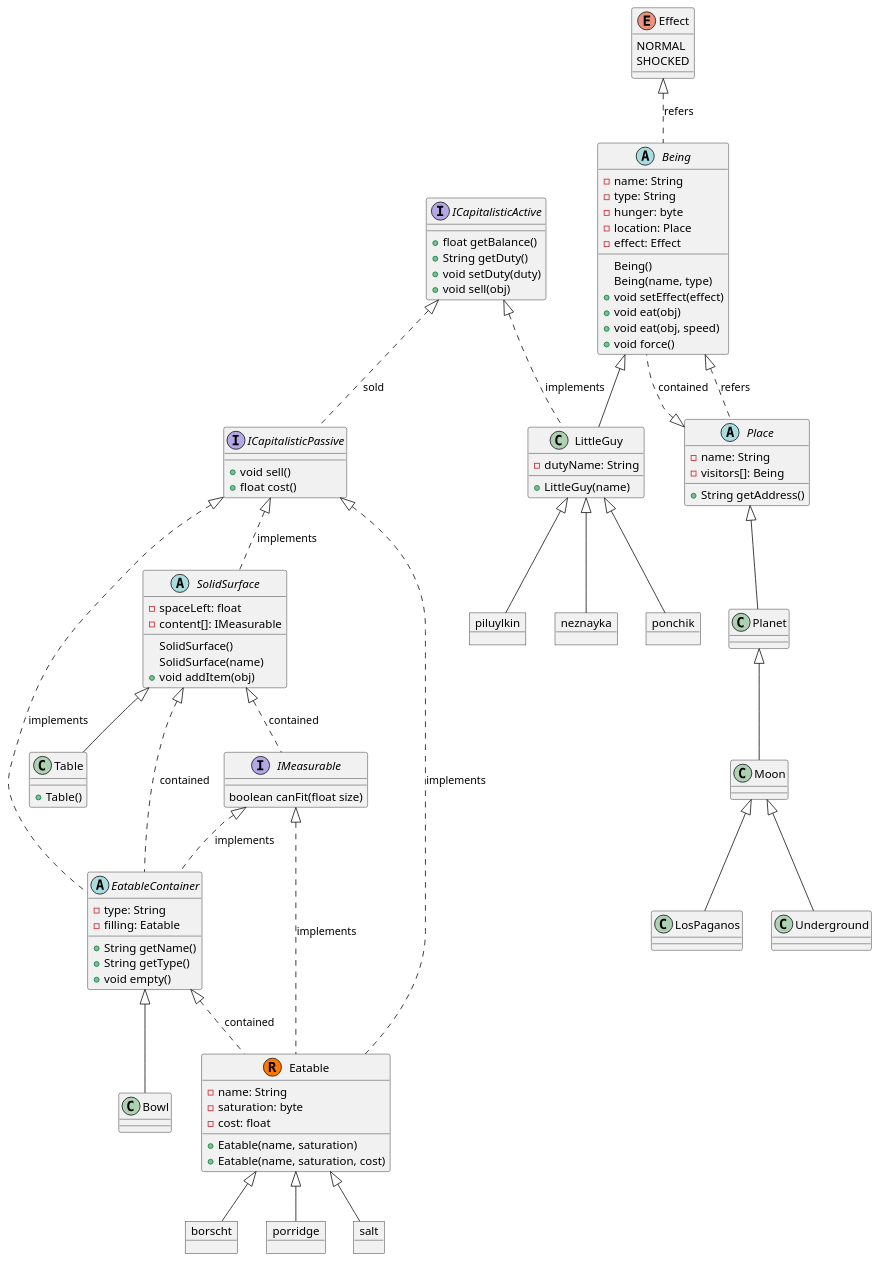
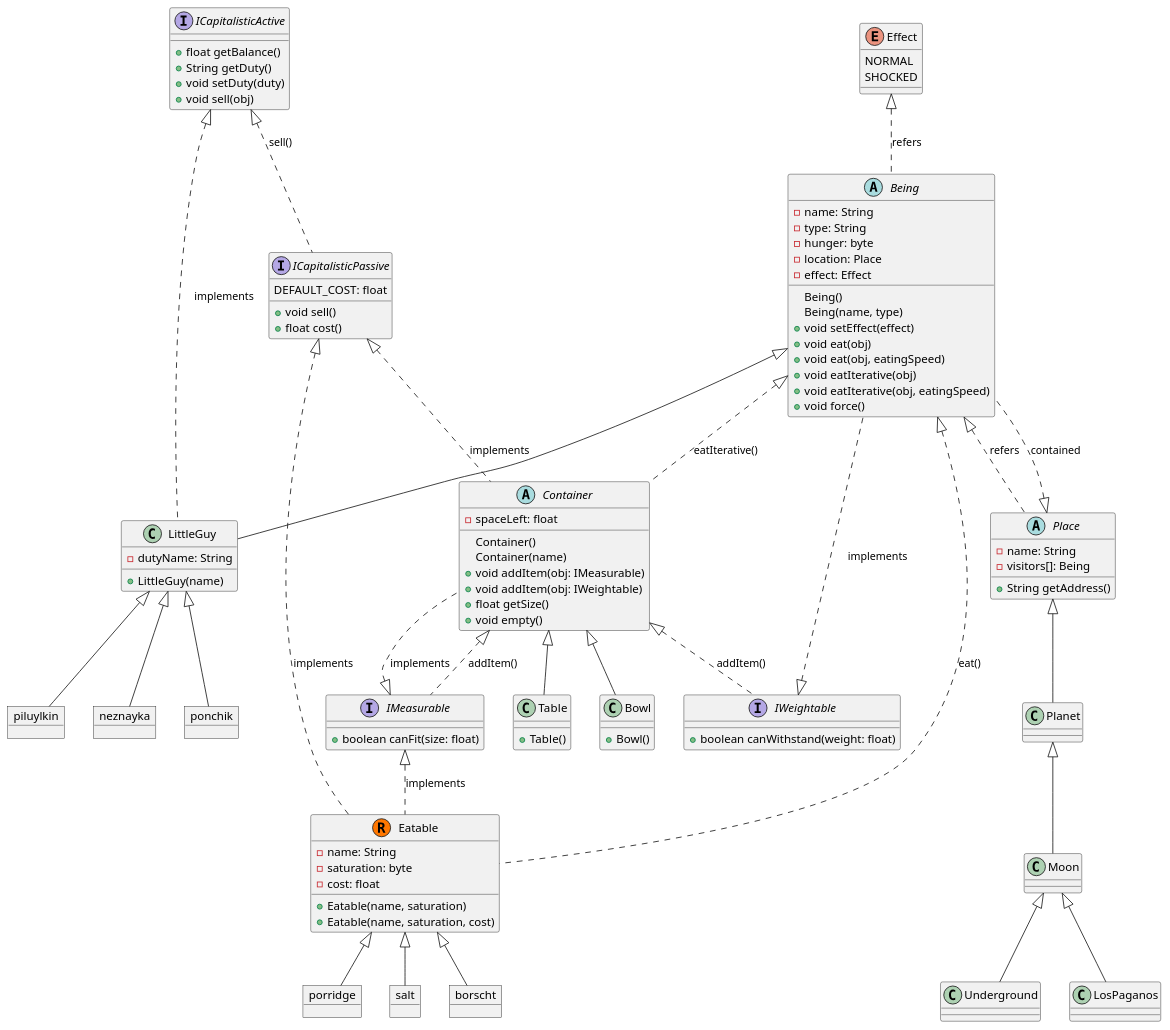
Before and after one commit to MrDvD/itmo_labs: the diagram in programming/lab3/uml/diagram.puml, drawn with PlantUML. The commit also changed other lines of this file and 10 other files, not shown here.

```diff
--- a/programming/lab3/uml/diagram.puml
+++ b/programming/lab3/uml/diagram.puml
@@ -1,120 +1,125 @@
 @startuml name
-abstract class Being
-
 Being <|-- LittleGuy
 ICapitalisticActive <|.. LittleGuy : implements
-ICapitalisticActive <|.. ICapitalisticPassive : sold
+ICapitalisticActive <|.. ICapitalisticPassive : sell()
+
+Being <|.. Container : eatIterative()
+Being <|.. Eatable : eat()
 
 object ponchik
 object piluylkin
 object neznayka
 
 LittleGuy <|-- ponchik
 LittleGuy <|-- piluylkin
 LittleGuy <|-- neznayka
 
 object borscht
 object porridge
 object salt
 Eatable <|-- borscht
 Eatable <|-- porridge
 Eatable <|-- salt
 
-ICapitalisticPassive <|.. SolidSurface : implements
-ICapitalisticPassive <|.. EatableContainer : implements
+ICapitalisticPassive <|.. Container : implements
 ICapitalisticPassive <|.. Eatable : implements
 
-IMeasurable <|.. EatableContainer : implements
 IMeasurable <|.. Eatable : implements
-EatableContainer <|-- Bowl
-EatableContainer <|.. Eatable : contained
-SolidSurface <|-- Table
-SolidSurface <|.. IMeasurable : contained
+IMeasurable <|.. Container : implements
+IWeightable <|.. Being : implements
 
-SolidSurface <|.. EatableContainer : contained
+Container <|-- Bowl
+Container <|-- Table
+Container <|.. IMeasurable : addItem()
+Container <|.. IWeightable : addItem()
 
 Being <|.. Place : refers
 Place <|.. Being : contained
 Place <|-- Planet
 
 Planet <|-- Moon
 Moon <|-- Underground
 Moon <|-- LosPaganos
 
 Effect <|.. Being : refers
 
 class LittleGuy {
    -dutyName: String
    +LittleGuy(name)
 }
 
 enum Effect {
    NORMAL
    SHOCKED
 }
 
 interface ICapitalisticPassive {
+   DEFAULT_COST: float
    +void sell()
    +float cost()
 }
 interface ICapitalisticActive {
    +float getBalance()
    +String getDuty()
    +void setDuty(duty)
    +void sell(obj)
 }
 
 abstract class Being {
    -name: String
    -type: String
    -hunger: byte
    -location: Place
    -effect: Effect
    Being()
    Being(name, type)
    +void setEffect(effect)
    +void eat(obj)
-   +void eat(obj, speed)
+   +void eat(obj, eatingSpeed)
+   +void eatIterative(obj)
+   +void eatIterative(obj, eatingSpeed)
    +void force()
    ' to do something
 }
 
 class Eatable << (R,#FF7700) >> {
    -name: String
    -saturation: byte
    -cost: float
    +Eatable(name, saturation)
    +Eatable(name, saturation, cost)
 }
 
-abstract class EatableContainer {
-   -type: String
-   -filling: Eatable
-   +String getName()
-   +String getType()
+abstract class Container {
+   -spaceLeft: float
+   Container()
+   Container(name)
+   +void addItem(obj: IMeasurable)
+   +void addItem(obj: IWeightable)
+   +float getSize()
    +void empty()
-}
-
-abstract class SolidSurface {
-   -spaceLeft: float
-   -content[]: IMeasurable
-   SolidSurface()
-   SolidSurface(name)
-   +void addItem(obj)
 }
 
 class Table {
    +Table()
+}
+
+class Bowl {
+   +Bowl()
 }
 
 abstract class Place {
    -name: String
    -visitors[]: Being
    +String getAddress()
    ' get address recursively: super().address() + ',' + this.name
 }
 
 interface IMeasurable {
-   boolean canFit(float size)
+   +boolean canFit(size: float)
+}
+
+interface IWeightable {
+   +boolean canWithstand(weight: float)
 }
 @enduml
```
